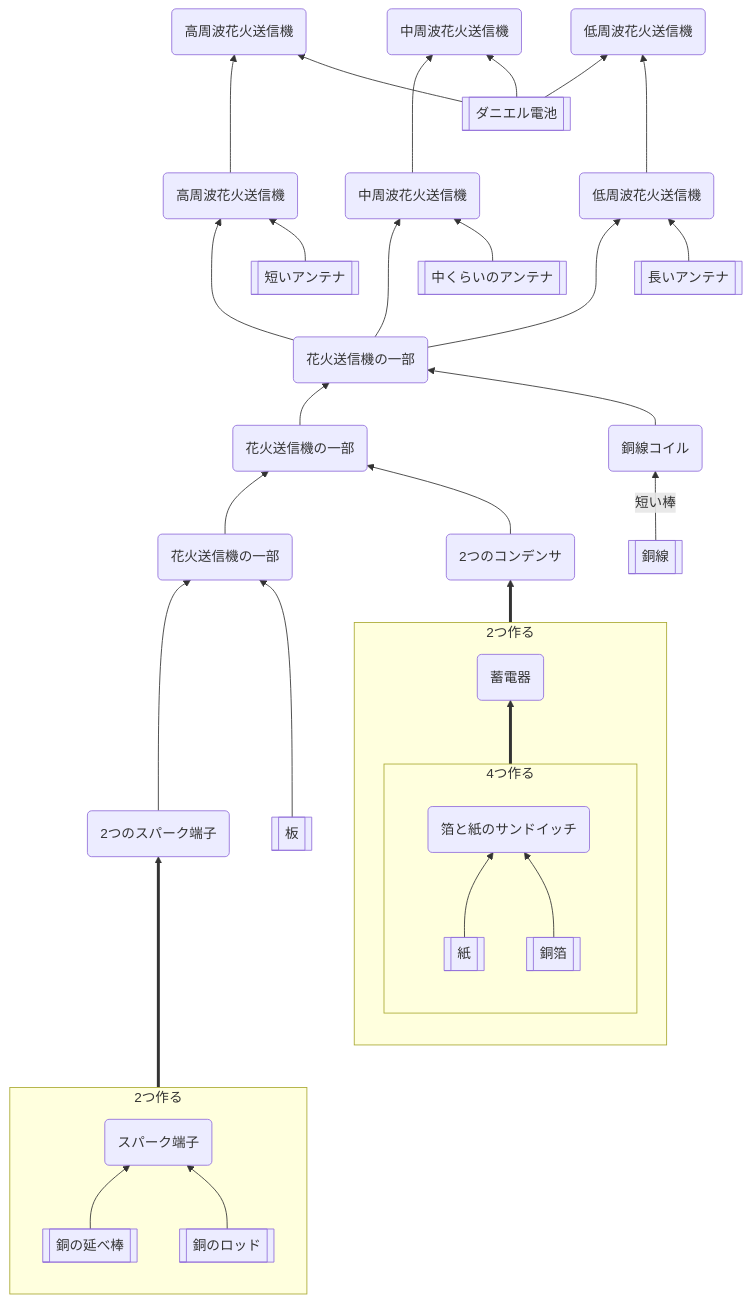
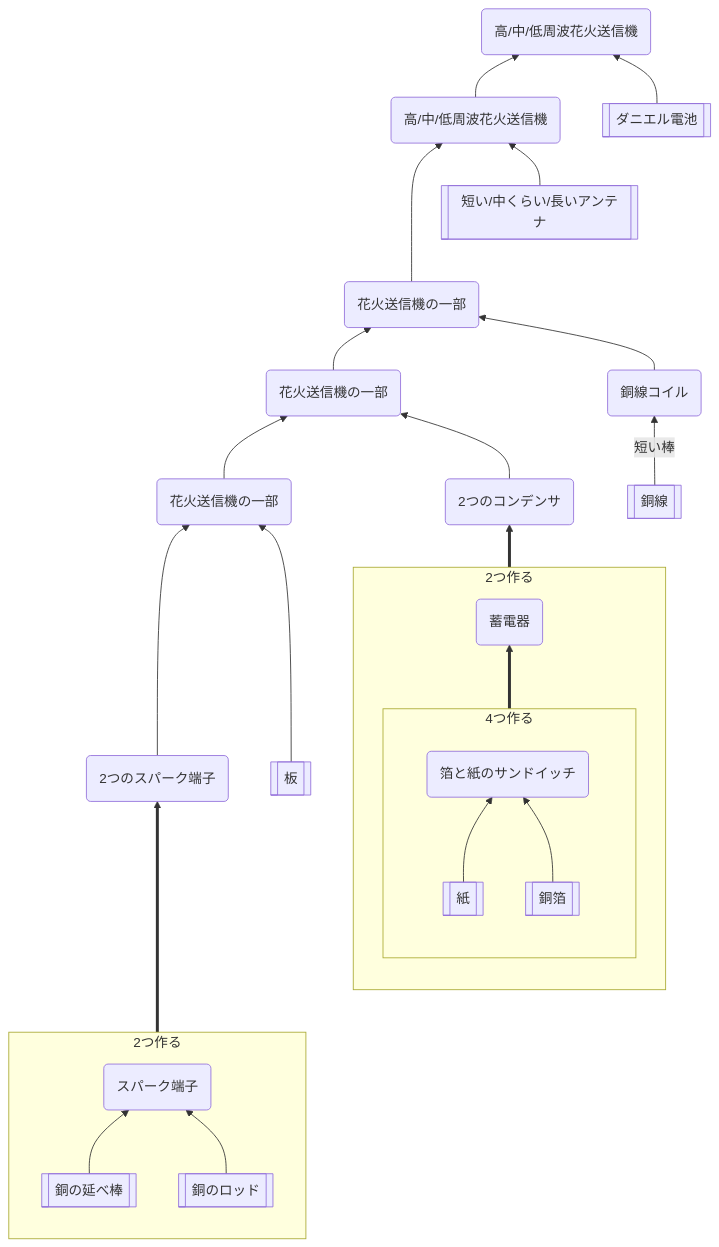
One commit to aya-0p/yah-craft-recipe changed the diagram in Marconi-transmitter.md. Above: the diagram before and after it, drawn with Mermaid.

````diff
--- a/Marconi-transmitter.md
+++ b/Marconi-transmitter.md
@@ -2,48 +2,38 @@
 ```mermaid
 flowchart BT
 aa[[銅のロッド]]
 ab[[銅の延べ棒]]
 ac[[板]]
 ad[[紙]]
 ae[[銅箔]]
 af[[銅線]]
 ah[[ダニエル電池]]
-ai[[長いアンテナ]]
-aj[[中くらいのアンテナ]]
-ak[[短いアンテナ]]
+ai[[短い/中くらい/長いアンテナ]]
 subgraph x [2つ作る]
 direction BT
 ab --> ba(スパーク端子)
 aa --> ba
 end
 x ==> bb(2つのスパーク端子)
 bb --> bc(花火送信機の一部)
 ac --> bc
 subgraph z [2つ作る]
 direction BT
 subgraph y [4つ作る]
 direction BT
 ad --> bd(箔と紙のサンドイッチ)
 ae --> bd
 end
 y ==> be(蓄電器)
 end
 z ==> bf(2つのコンデンサ)
 bc --> bg(花火送信機の一部)
 bf --> bg
 af -->|短い棒| bh(銅線コイル)
 bg --> bi(花火送信機の一部)
 bh --> bi
-bi ---> bj(高周波花火送信機)
-bi ---> bk(中周波花火送信機)
-bi ---> bl(低周波花火送信機)
-ak --> bj
-aj --> bk
-ai --> bl
-bj ---> bm(高周波花火送信機)
-bk ---> bn(中周波花火送信機)
-ah --> bo(低周波花火送信機)
+bi ---> bj(高/中/低周波花火送信機)
+ai --> bj
+bj --> bm(高/中/低周波花火送信機)
 ah --> bm
-ah --> bn
-bl ---> bo
 ```
````
